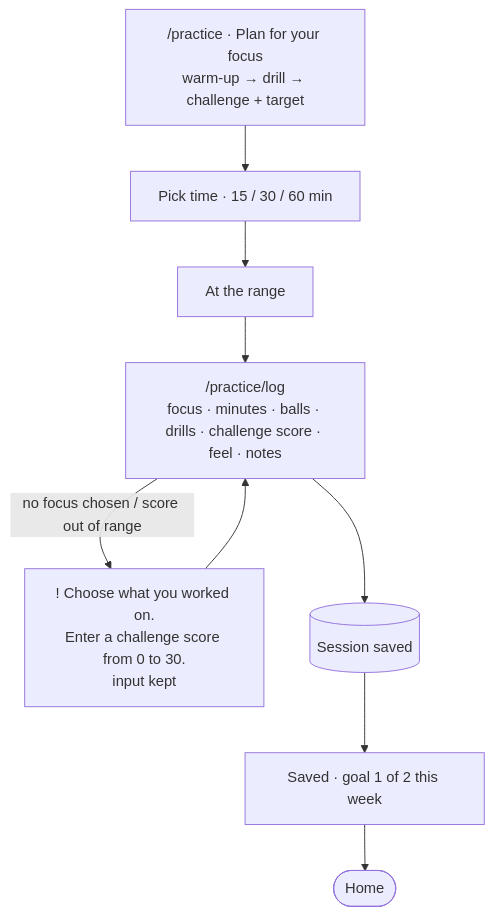
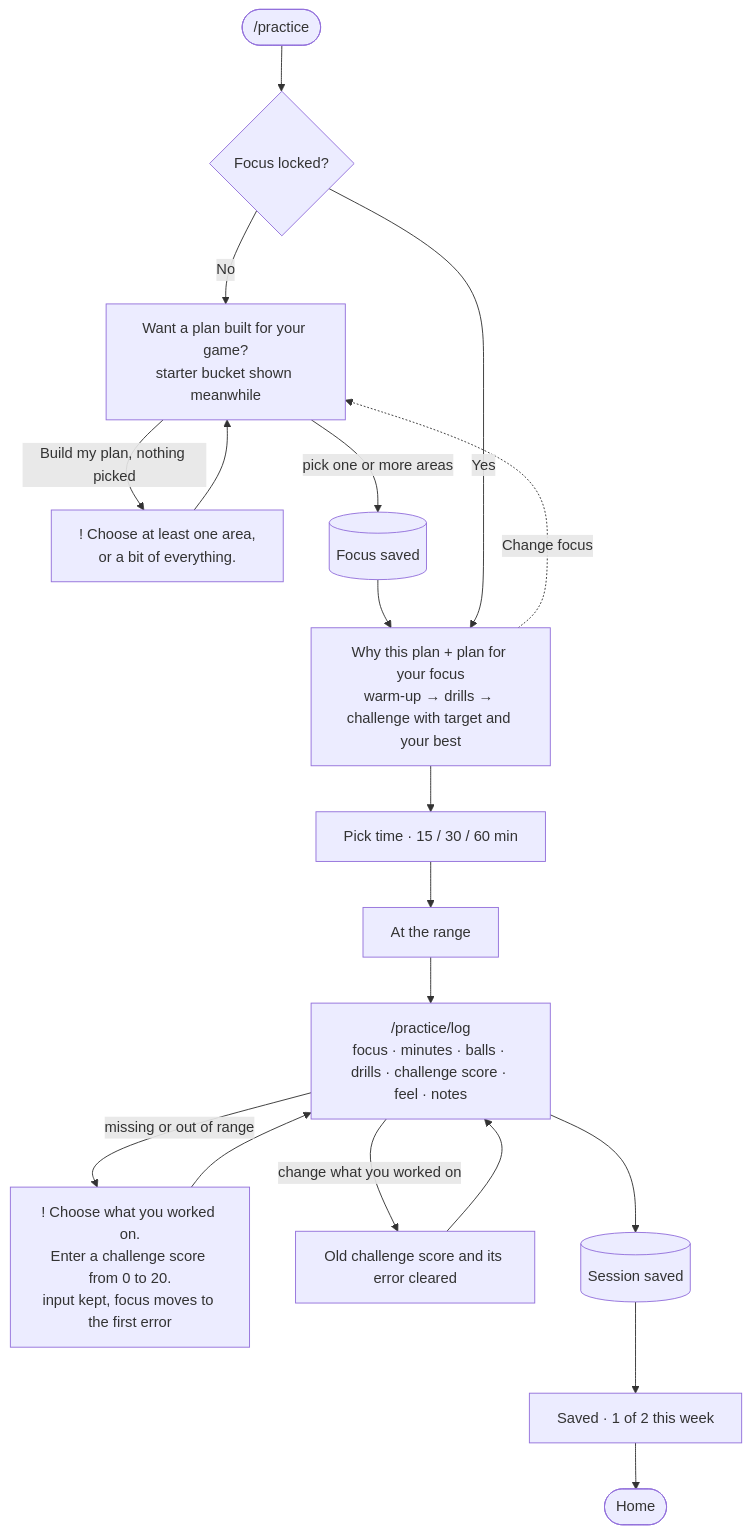
One commit to apham799/DesignBuildShip_Assignment3 changed the fourth of 5 diagrams in README.md. Above: the diagram before and after it, drawn with Mermaid. The commit also changed other lines of this file and 1 other file, not shown here.

First line of the commit message:
Update flow diagrams for the new onboarding

````diff
--- a/README.md
+++ b/README.md
@@ -68,11 +93,21 @@
 ```mermaid
 flowchart TD
-  plan["/practice · Plan for your focus<br/>warm-up → drill → challenge + target"] --> time["Pick time · 15 / 30 / 60 min"]
+  start(["/practice"]) --> has{"Focus locked?"}
+  has -- "No" --> ask["Want a plan built for your game?<br/>starter bucket shown meanwhile"]
+  ask -- "Build my plan, nothing picked" --> aerr["! Choose at least one area,<br/>or a bit of everything."]
+  aerr --> ask
+  ask -- "pick one or more areas" --> fsaved[("Focus saved")]
+  fsaved --> plan
+  has -- "Yes" --> plan["Why this plan + plan for your focus<br/>warm-up → drills → challenge with target and your best"]
+  plan -. Change focus .-> ask
+  plan --> time["Pick time · 15 / 30 / 60 min"]
   time --> range["At the range"]
   range --> log["/practice/log<br/>focus · minutes · balls · drills · challenge score · feel · notes"]
-  log -- "no focus chosen / score out of range" --> perr["! Choose what you worked on.<br/>Enter a challenge score from 0 to 30.<br/>input kept"]
+  log -- "missing or out of range" --> perr["! Choose what you worked on.<br/>Enter a challenge score from 0 to 20.<br/>input kept, focus moves to the first error"]
   perr --> log
+  log -- "change what you worked on" --> clear["Old challenge score and its error cleared"]
+  clear --> log
   log --> saved[("Session saved")]
-  saved --> toast["Saved · goal 1 of 2 this week"]
+  saved --> toast["Saved · 1 of 2 this week"]
   toast --> home(["Home"])
 ```
````
